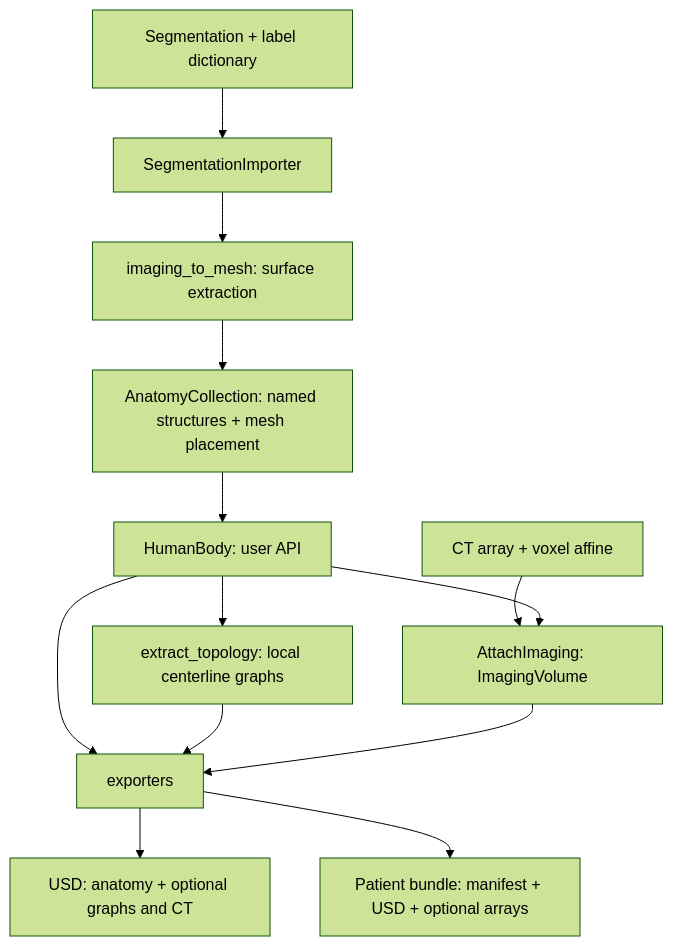
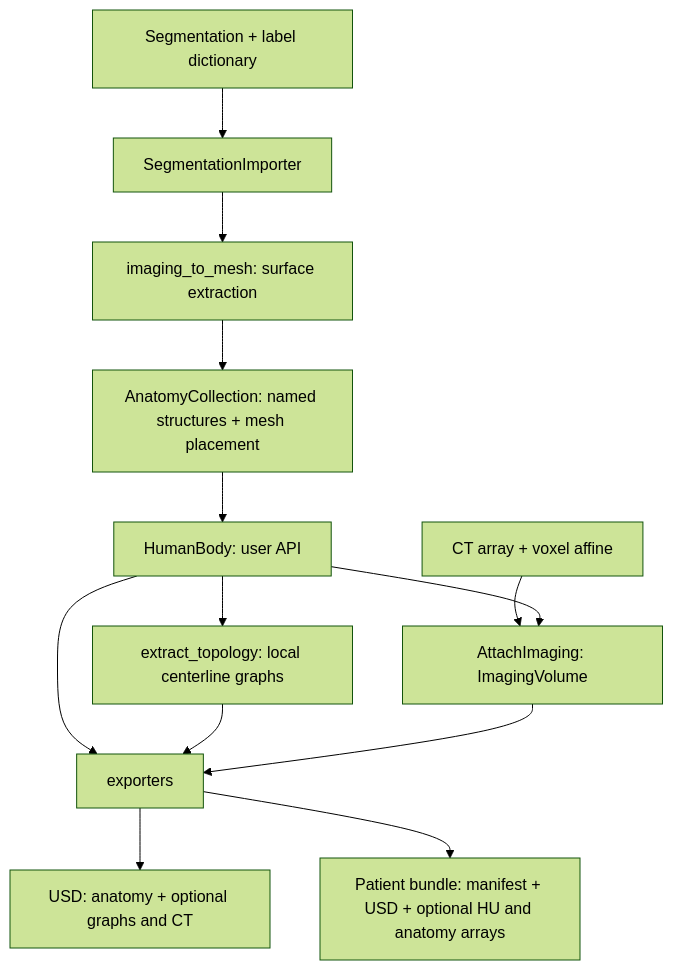
One commit to isaac-for-healthcare/i4h-digital-twin changed the diagram in patient-digital-twin/patient_digital_twin/README.md. Above: the diagram before and after it, drawn with Mermaid (forest theme). The commit also changed other lines of this file and 19 other files, not shown here.

````diff
--- a/patient-digital-twin/patient_digital_twin/README.md
+++ b/patient-digital-twin/patient_digital_twin/README.md
@@ -9,15 +9,15 @@
 ```mermaid
 flowchart TD
     S["Segmentation + label dictionary"] --> I["SegmentationImporter"]
     I --> M["imaging_to_mesh: surface extraction"]
     M --> A["AnatomyCollection: named structures + mesh placement"]
     A --> B["HumanBody: user API"]
     B --> T["extract_topology: local centerline graphs"]
     CT["CT array + voxel affine"] --> V["AttachImaging: ImagingVolume"]
     B --> V
     B --> E["exporters"]
     T --> E
     V --> E
     E --> U["USD: anatomy + optional graphs and CT"]
-    E --> P["Patient bundle: manifest + USD + optional arrays"]
+    E --> P["Patient bundle: manifest + USD + optional HU and anatomy arrays"]
 ```
````
